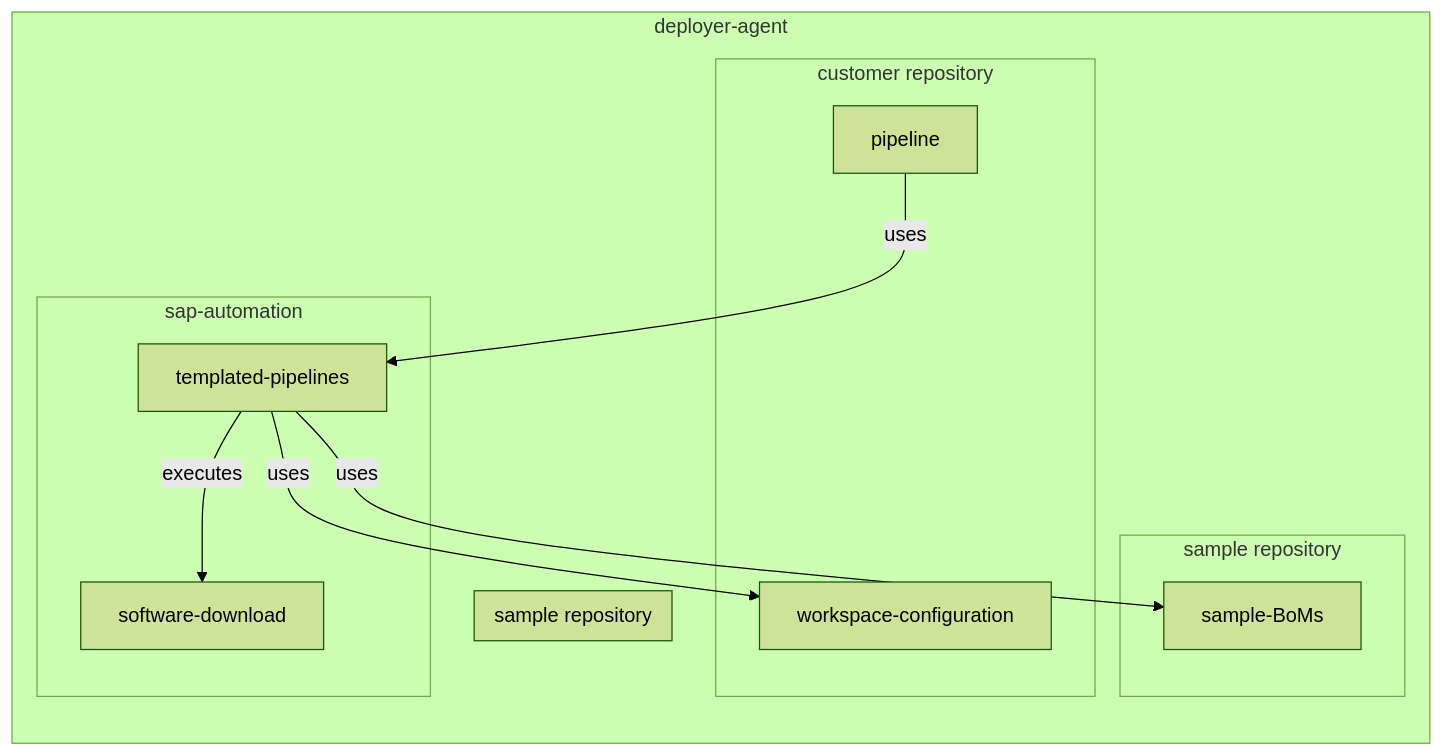
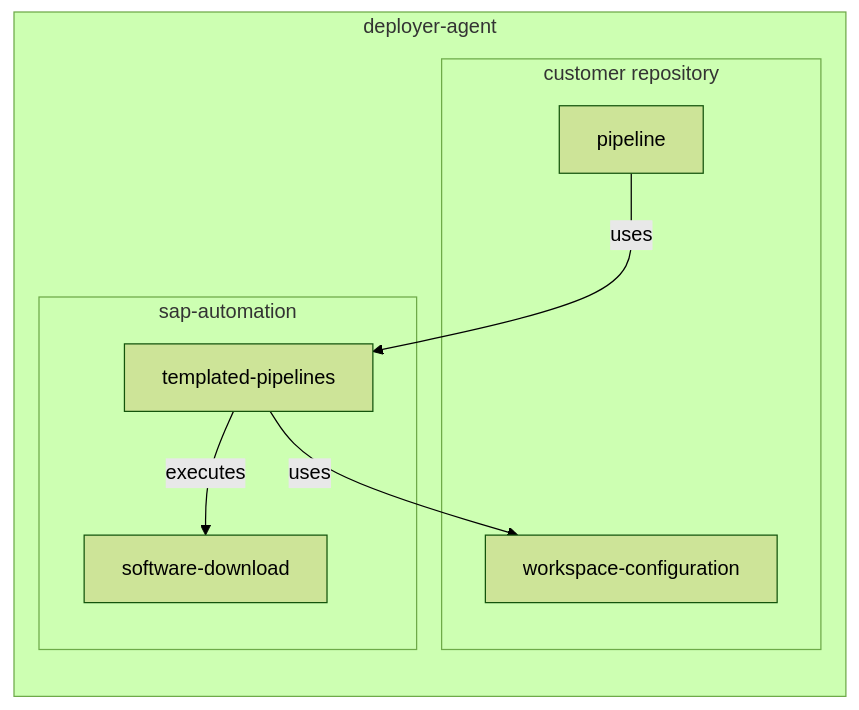
The diagram in README.md (Azure/SAP-automation-samples), drawn with Mermaid (forest theme) before and after one commit. The commit also changed other lines of this file, not shown here.

Commit message:
Mermaid updates

````diff
--- a/README.md
+++ b/README.md
@@ -28,23 +29,14 @@
 ```mermaid
 flowchart LR
     subgraph deployer-agent
         pipeline--uses-->templated-pipelines
         templated-pipelines--uses-->workspace-configuration
         subgraph customer repository
             workspace-configuration
             pipeline
         end
-        templated-pipelines--uses-->sample-BoMs
-        subgraph sample repository
-            sample-BoMs
-            pipeline
-        end
-        subgraph sample repository
-            sample-BoMs
-            pipeline
-        end
         subgraph sap-automation
         templated-pipelines--executes-->software-download
         end
     end
 ```
````
